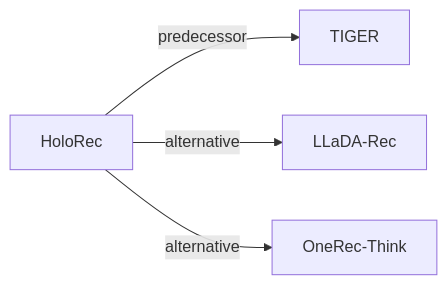
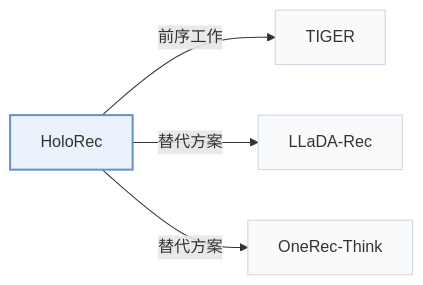
The second of 2 diagrams in pages/zh/papers/holorec.md (Galaxy-ghost/Awesome-SID-Generative-Rec), drawn with Mermaid before and after one commit. The commit also changed other lines of this file and 649 other files, not shown here.

Commit message:
writer-05: also tags and modality index (schema, check, build, visuals); summary field removed; calibration data for 12 papers

````diff
--- a/pages/zh/papers/holorec.md
+++ b/pages/zh/papers/holorec.md
@@ -69,7 +72,11 @@
 ```mermaid
 flowchart LR
     P["HoloRec"]
-    P -->|predecessor| A["TIGER"]
-    P -->|alternative| B["LLaDA-Rec"]
-    P -->|alternative| C["OneRec-Think"]
+    P -->|"前序工作"| A["TIGER"]
+    P -->|"替代方案"| B["LLaDA-Rec"]
+    P -->|"替代方案"| C["OneRec-Think"]
+    classDef main fill:#eaf2fb,stroke:#6b8fc7,stroke-width:2px
+    classDef peer fill:#f8fafc,stroke:#cbd5e1
+    class P main
+    class A,B,C peer
 ```
````
